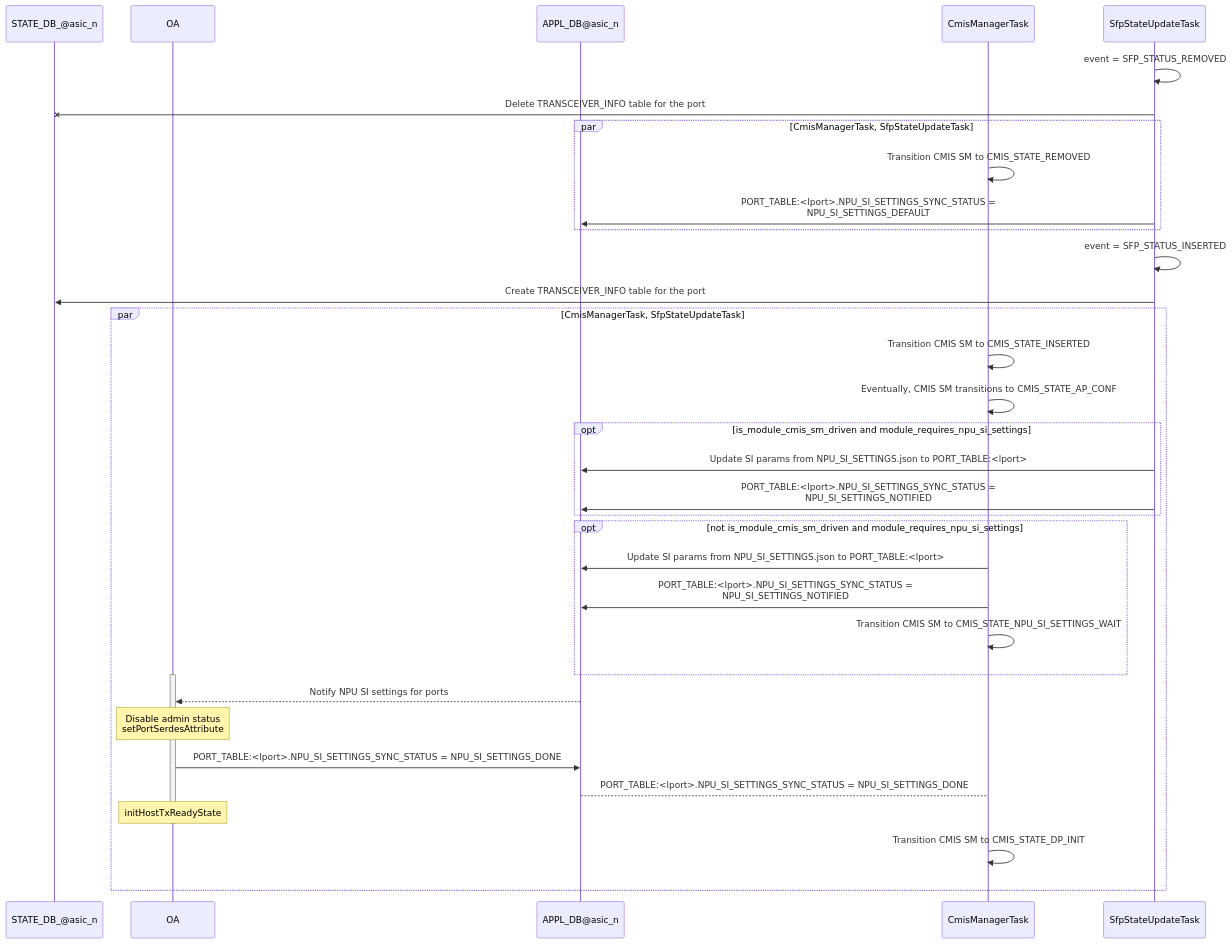
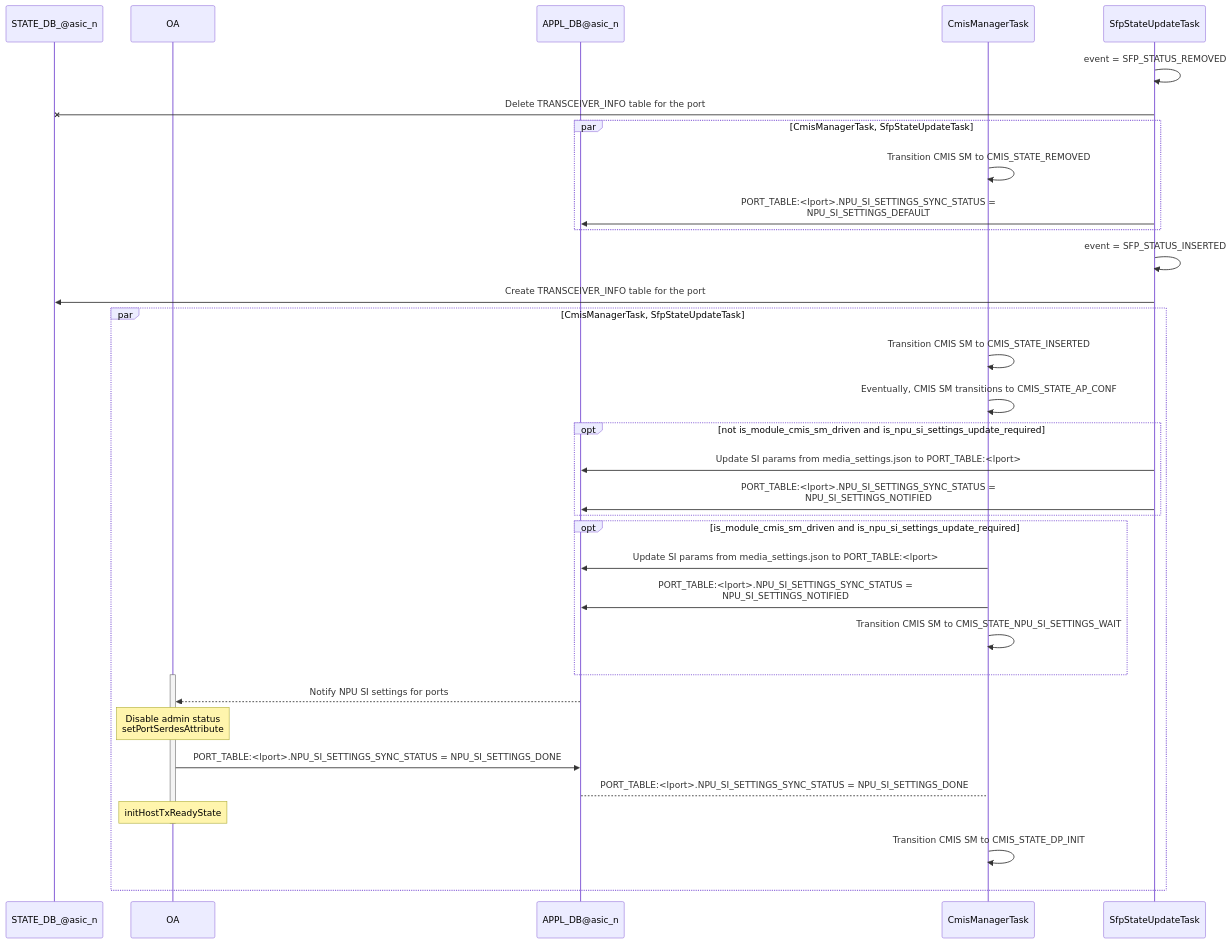
The fourth of 5 diagrams in doc/sfp-cmis/Interface-Link-bring-up-sequence.md (sonic-net/SONiC), drawn with Mermaid before and after one commit. The commit also changed other lines of this file, not shown here.

Commit message:
Added description and functioning related to is_npu_si_settings_update_required

````diff
--- a/doc/sfp-cmis/Interface-Link-bring-up-sequence.md
+++ b/doc/sfp-cmis/Interface-Link-bring-up-sequence.md
@@ -359,39 +362,39 @@
 ```mermaid
 sequenceDiagram
     participant STATE_DB as STATE_DB_@asic_n
     participant OA
     participant APPL_DB as APPL_DB@asic_n
     participant CmisManagerTask
     participant SfpStateUpdateTask
 
     SfpStateUpdateTask ->> SfpStateUpdateTask : event = SFP_STATUS_REMOVED
     SfpStateUpdateTask -x STATE_DB : Delete TRANSCEIVER_INFO table for the port
     par         CmisManagerTask, SfpStateUpdateTask
         CmisManagerTask ->> CmisManagerTask : Transition CMIS SM to CMIS_STATE_REMOVED
         SfpStateUpdateTask ->> APPL_DB : PORT_TABLE:<lport>.NPU_SI_SETTINGS_SYNC_STATUS = <br> NPU_SI_SETTINGS_DEFAULT
     end
 
     SfpStateUpdateTask ->> SfpStateUpdateTask : event = SFP_STATUS_INSERTED
     SfpStateUpdateTask ->> STATE_DB : Create TRANSCEIVER_INFO table for the port
     par CmisManagerTask, SfpStateUpdateTask
         CmisManagerTask ->> CmisManagerTask : Transition CMIS SM to CMIS_STATE_INSERTED
         CmisManagerTask ->> CmisManagerTask : Eventually, CMIS SM transitions to CMIS_STATE_AP_CONF
-        opt is_module_cmis_sm_driven and module_requires_npu_si_settings
-          SfpStateUpdateTask ->> APPL_DB: Update SI params from NPU_SI_SETTINGS.json to PORT_TABLE:<lport>
+        opt not is_module_cmis_sm_driven and is_npu_si_settings_update_required
+          SfpStateUpdateTask ->> APPL_DB: Update SI params from media_settings.json to PORT_TABLE:<lport>
           SfpStateUpdateTask ->> APPL_DB: PORT_TABLE:<lport>.NPU_SI_SETTINGS_SYNC_STATUS = <br> NPU_SI_SETTINGS_NOTIFIED
         end
-        opt not is_module_cmis_sm_driven and module_requires_npu_si_settings
-          CmisManagerTask ->> APPL_DB: Update SI params from NPU_SI_SETTINGS.json to PORT_TABLE:<lport>
+        opt is_module_cmis_sm_driven and is_npu_si_settings_update_required
+          CmisManagerTask ->> APPL_DB: Update SI params from media_settings.json to PORT_TABLE:<lport>
           CmisManagerTask ->> APPL_DB: PORT_TABLE:<lport>.NPU_SI_SETTINGS_SYNC_STATUS = <br> NPU_SI_SETTINGS_NOTIFIED
           CmisManagerTask ->> CmisManagerTask : Transition CMIS SM to CMIS_STATE_NPU_SI_SETTINGS_WAIT
         end
         activate OA
         APPL_DB -->> OA: Notify NPU SI settings for ports
         Note over OA: Disable admin status<br>setPortSerdesAttribute
         OA ->> APPL_DB: PORT_TABLE:<lport>.NPU_SI_SETTINGS_SYNC_STATUS = NPU_SI_SETTINGS_DONE
         APPL_DB --> CmisManagerTask: PORT_TABLE:<lport>.NPU_SI_SETTINGS_SYNC_STATUS = NPU_SI_SETTINGS_DONE
         Note over OA: initHostTxReadyState
         deactivate OA
         CmisManagerTask ->> CmisManagerTask : Transition CMIS SM to CMIS_STATE_DP_INIT
     end
 ```
````
